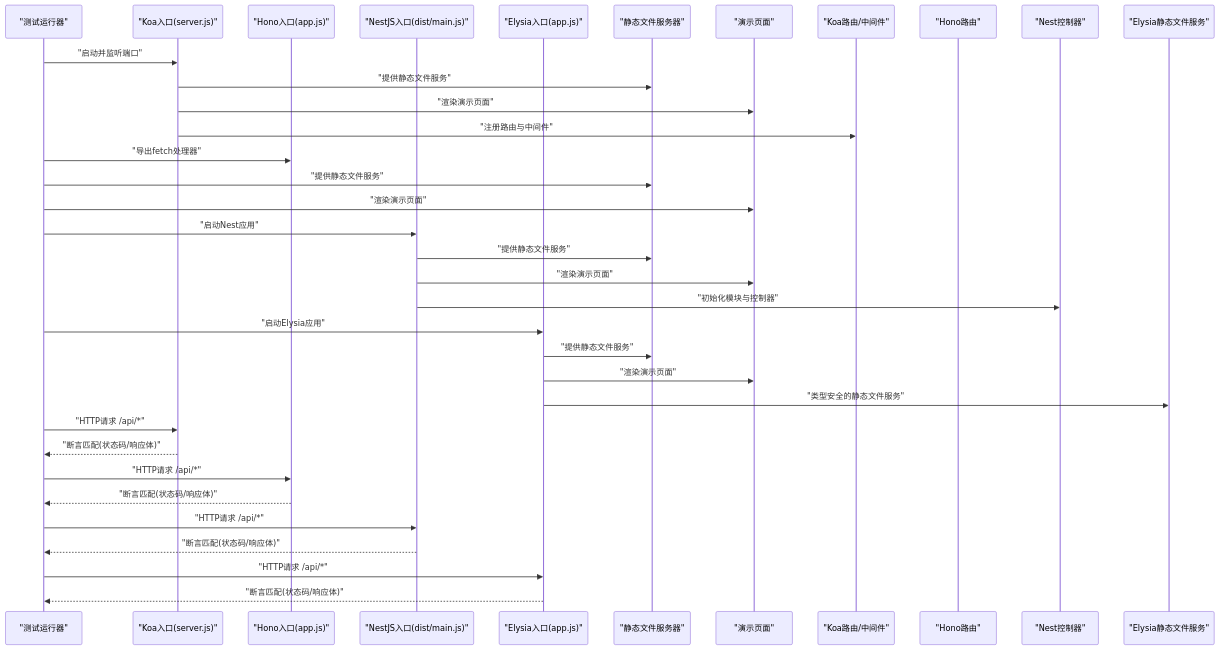
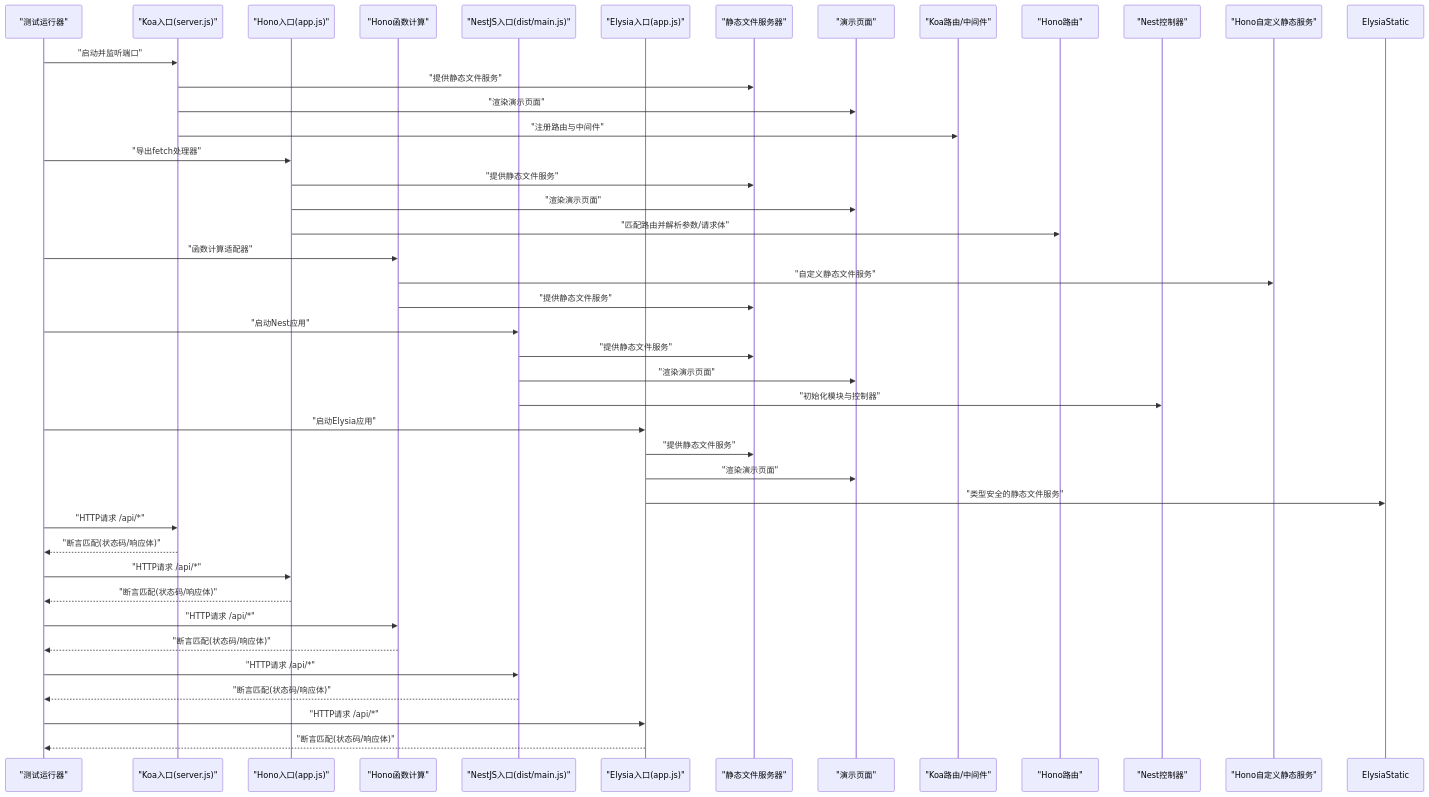
One commit to esa-sp/test-for-aone-ci changed the second of 9 diagrams in .qoder/repowiki/zh/content/后端框架测试/Koa、Hono、NestJS框架测试.md. Above: the diagram before and after it, drawn with Mermaid. The commit also changed other lines of this file and 2 other files, not shown here.

````diff
--- a/.qoder/repowiki/zh/content/后端框架测试/Koa、Hono、NestJS框架测试.md
+++ b/.qoder/repowiki/zh/content/后端框架测试/Koa、Hono、NestJS框架测试.md
@@ -202,37 +212,44 @@
 ```mermaid
 sequenceDiagram
 participant Runner as "测试运行器"
 participant KoaEntry as "Koa入口(server.js)"
 participant HonoEntry as "Hono入口(app.js)"
+participant HonoFC as "Hono函数计算"
 participant NestEntry as "NestJS入口(dist/main.js)"
 participant ElysiaEntry as "Elysia入口(app.js)"
 participant StaticServer as "静态文件服务器"
 participant DemoPage as "演示页面"
 participant KoaRouter as "Koa路由/中间件"
 participant HonoRouter as "Hono路由"
 participant NestCtrl as "Nest控制器"
-participant ElysiaStatic as "Elysia静态文件服务"
+participant HonoCustomStatic as "Hono自定义静态服务"
 Runner->>KoaEntry : "启动并监听端口"
 KoaEntry->>StaticServer : "提供静态文件服务"
 KoaEntry->>DemoPage : "渲染演示页面"
 KoaEntry->>KoaRouter : "注册路由与中间件"
 Runner->>HonoEntry : "导出fetch处理器"
-Runner->>StaticServer : "提供静态文件服务"
-Runner->>DemoPage : "渲染演示页面"
+HonoEntry->>StaticServer : "提供静态文件服务"
+HonoEntry->>DemoPage : "渲染演示页面"
+HonoEntry->>HonoRouter : "匹配路由并解析参数/请求体"
+Runner->>HonoFC : "函数计算适配器"
+HonoFC->>HonoCustomStatic : "自定义静态文件服务"
+HonoFC->>StaticServer : "提供静态文件服务"
 Runner->>NestEntry : "启动Nest应用"
 NestEntry->>StaticServer : "提供静态文件服务"
 NestEntry->>DemoPage : "渲染演示页面"
 NestEntry->>NestCtrl : "初始化模块与控制器"
 Runner->>ElysiaEntry : "启动Elysia应用"
 ElysiaEntry->>StaticServer : "提供静态文件服务"
 ElysiaEntry->>DemoPage : "渲染演示页面"
 ElysiaEntry->>ElysiaStatic : "类型安全的静态文件服务"
 Runner->>KoaEntry : "HTTP请求 /api/*"
 KoaEntry-->>Runner : "断言匹配(状态码/响应体)"
 Runner->>HonoEntry : "HTTP请求 /api/*"
 HonoEntry-->>Runner : "断言匹配(状态码/响应体)"
+Runner->>HonoFC : "HTTP请求 /api/*"
+HonoFC-->>Runner : "断言匹配(状态码/响应体)"
 Runner->>NestEntry : "HTTP请求 /api/*"
 NestEntry-->>Runner : "断言匹配(状态码/响应体)"
 Runner->>ElysiaEntry : "HTTP请求 /api/*"
 ElysiaEntry-->>Runner : "断言匹配(状态码/响应体)"
 ```
````
